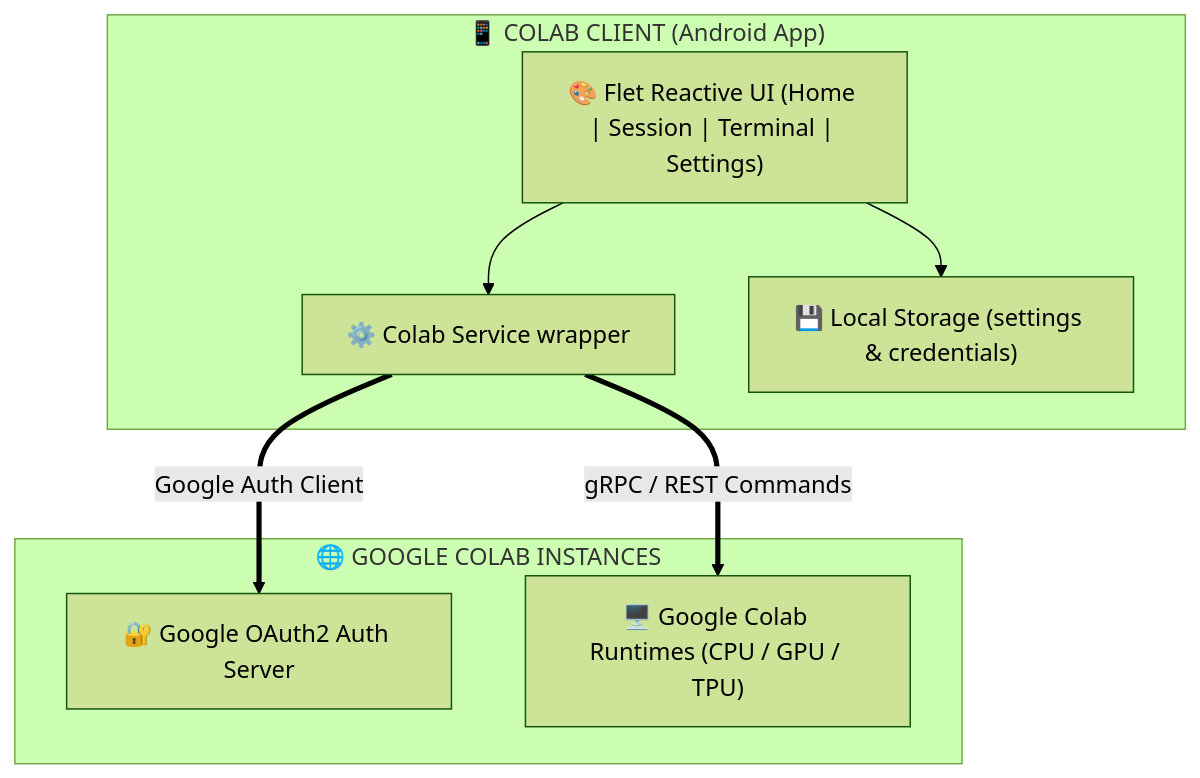
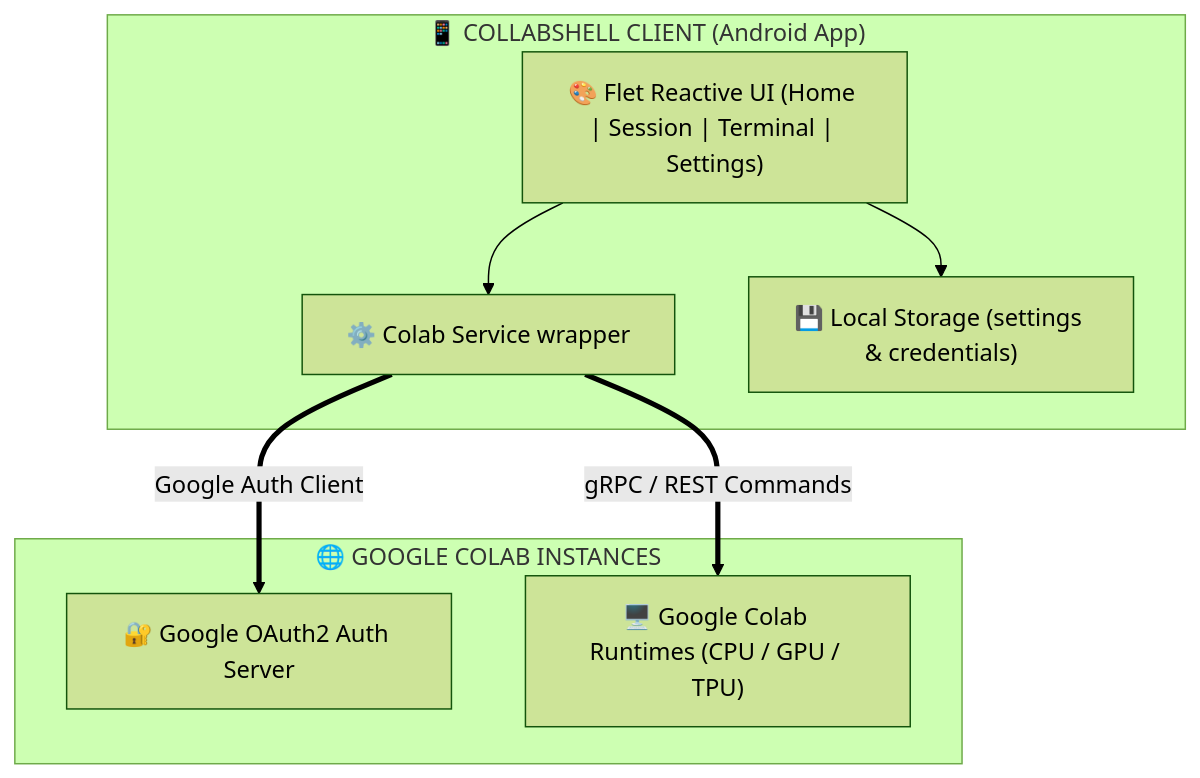
One commit to Nwokike/CollabShell changed the diagram in README.md. Above: the diagram before and after it, drawn with Mermaid (forest theme). The commit also changed other lines of this file and 15 other files, not shown here.

````diff
--- a/README.md
+++ b/README.md
@@ -69,18 +69,18 @@
 ```mermaid
 graph TB
-    subgraph COLAB_CLIENT ["📱 COLAB CLIENT (Android App)"]
+    subgraph COLLABSHELL_CLIENT ["📱 COLLABSHELL CLIENT (Android App)"]
         UI["🎨 Flet Reactive UI (Home | Session | Terminal | Settings)"]
         Service["⚙️ Colab Service wrapper"]
         Storage["💾 Local Storage (settings & credentials)"]
         UI --> Service
         UI --> Storage
     end
 
     subgraph GOOGLE_SERVICES ["🌐 GOOGLE COLAB INSTANCES"]
         OAuth["🔐 Google OAuth2 Auth Server"]
         VMs["🖥️ Google Colab Runtimes (CPU / GPU / TPU)"]
     end
 
     Service ==>|Google Auth Client| OAuth
     Service ==>|gRPC / REST Commands| VMs
 ```
````
